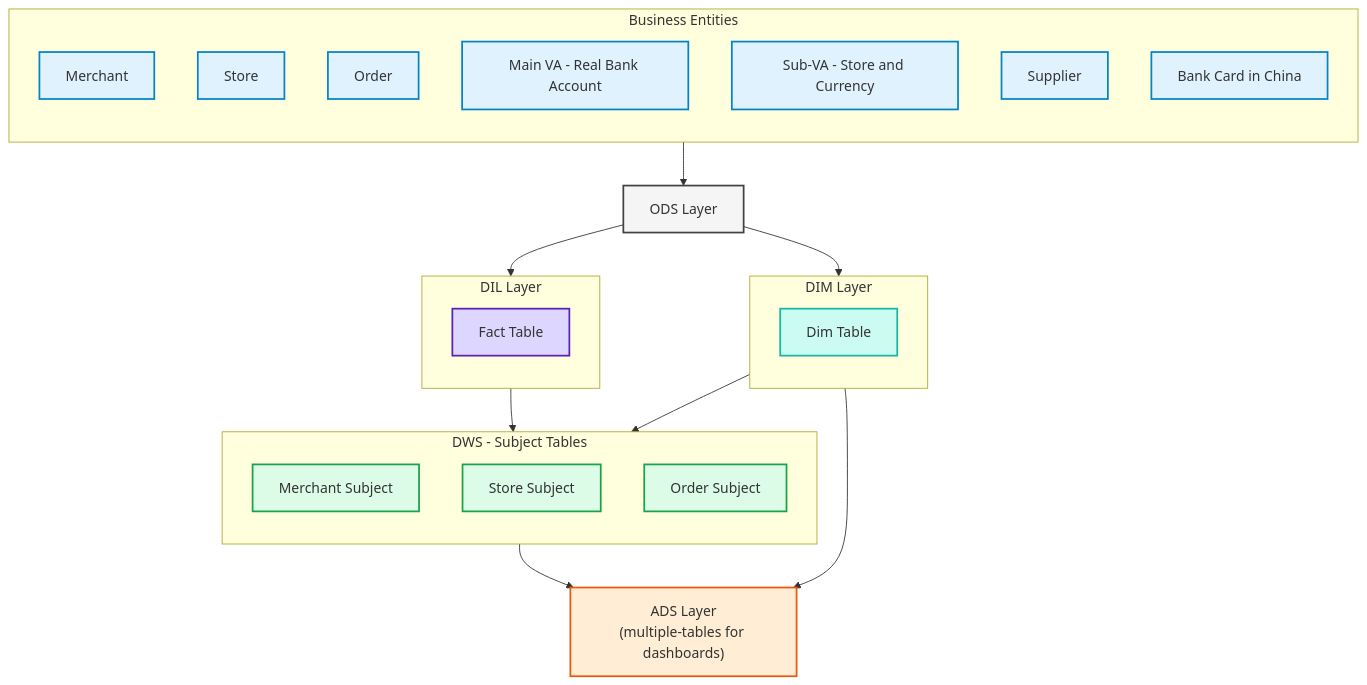
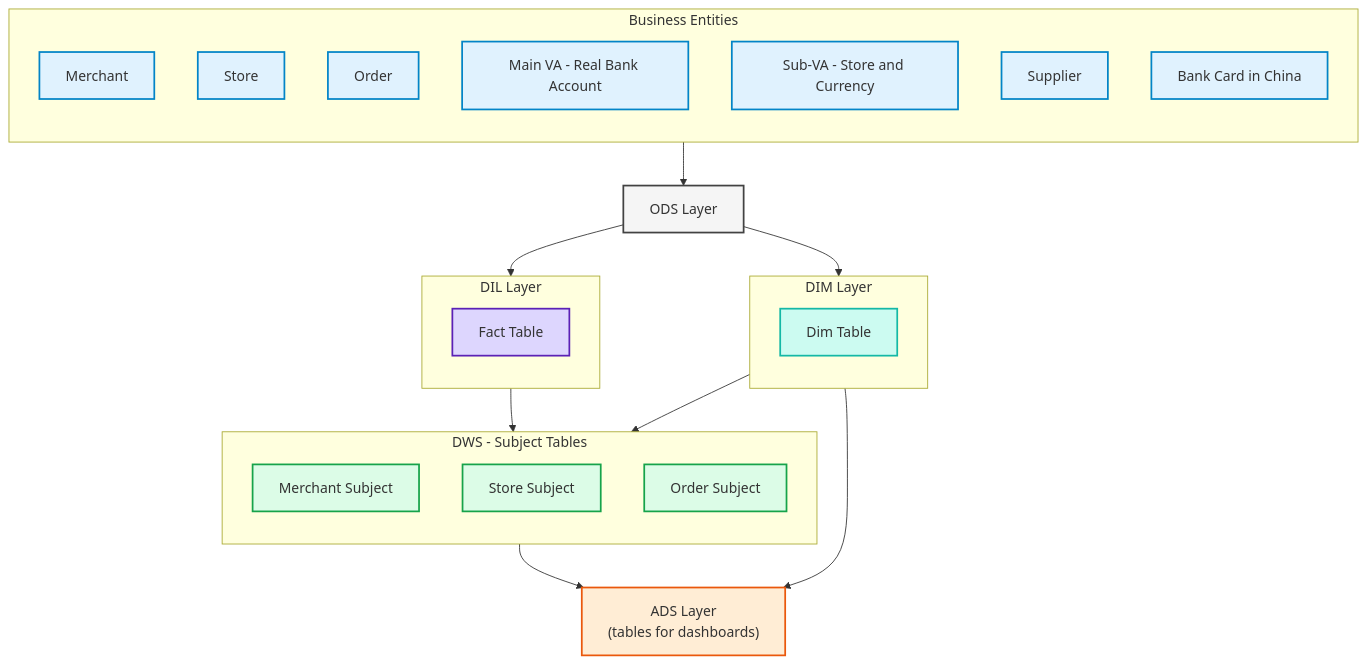
The second of 2 diagrams in DW-QA.md (blaire101/data-warehouse-solutions), drawn with Mermaid before and after one commit. The commit also changed other lines of this file, not shown here.

````diff
--- a/DW-QA.md
+++ b/DW-QA.md
@@ -98,58 +98,58 @@
 ```mermaid
 flowchart TB
   %% ============ Business Entities ============
   subgraph BIZ["Business Entities"]
     direction TB
     M[Merchant]:::biz
     S[Store]:::biz
     O[Order]:::biz
     VAM[Main VA - Real Bank Account]:::biz
     VAS[Sub-VA - Store and Currency]:::biz
     SUP[Supplier]:::biz
     CNBK[Bank Card in China]:::biz
   end
 
   %% ============ ODS ============
   ODS[ODS Layer]:::ods
 
   %% ============ DIL ============
   subgraph DIL["DIL Layer"]
     direction TB
     FACT[Fact Table]:::fact
   end
 
   %% ============ DIM ============
   subgraph DIM["DIM Layer"]
     direction TB
     DIM_T[Dim Table]:::dim
   end
 
   %% ============ DWS ============
   subgraph DWS["DWS - Subject Tables"]
     direction TB
     DWS_M[Merchant Subject]:::dws
     DWS_S[Store Subject]:::dws
     DWS_O[Order Subject]:::dws
   end
 
   %% ============ ADS ============
-  ADS["ADS Layer<br>(multiple-tables for dashboards)"]:::ads
+  ADS["ADS Layer<br>(tables for dashboards)"]:::ads
 
   %% ============ Mappings ============
   BIZ-->ODS
   ODS-->DIL
   ODS-->DIM
   DIL-->DWS
   DIM-->DWS
   DWS-->ADS
   DIM-->ADS
 
   %% ============ Styles ============
   classDef biz fill:#e0f2fe,stroke:#0284c7,stroke-width:2px,color:#075985;   %% light blue
   classDef ods fill:#f5f5f5,stroke:#424242,stroke-width:2px,color:#212121;   %% gray
   classDef dil fill:#ede9fe,stroke:#7c3aed,stroke-width:2px,color:#4c1d95;   %% purple
   classDef fact fill:#ddd6fe,stroke:#5b21b6,stroke-width:2px,color:#3730a3; %% darker purple
   classDef dim fill:#ccfbf1,stroke:#14b8a6,stroke-width:2px,color:#0f766e;  %% purple
   classDef dws fill:#dcfce7,stroke:#16a34a,stroke-width:2px,color:#166534;  %% green
   classDef ads fill:#ffedd5,stroke:#ea580c,stroke-width:2px,color:#7c2d12;  %% orange
 ```
````
